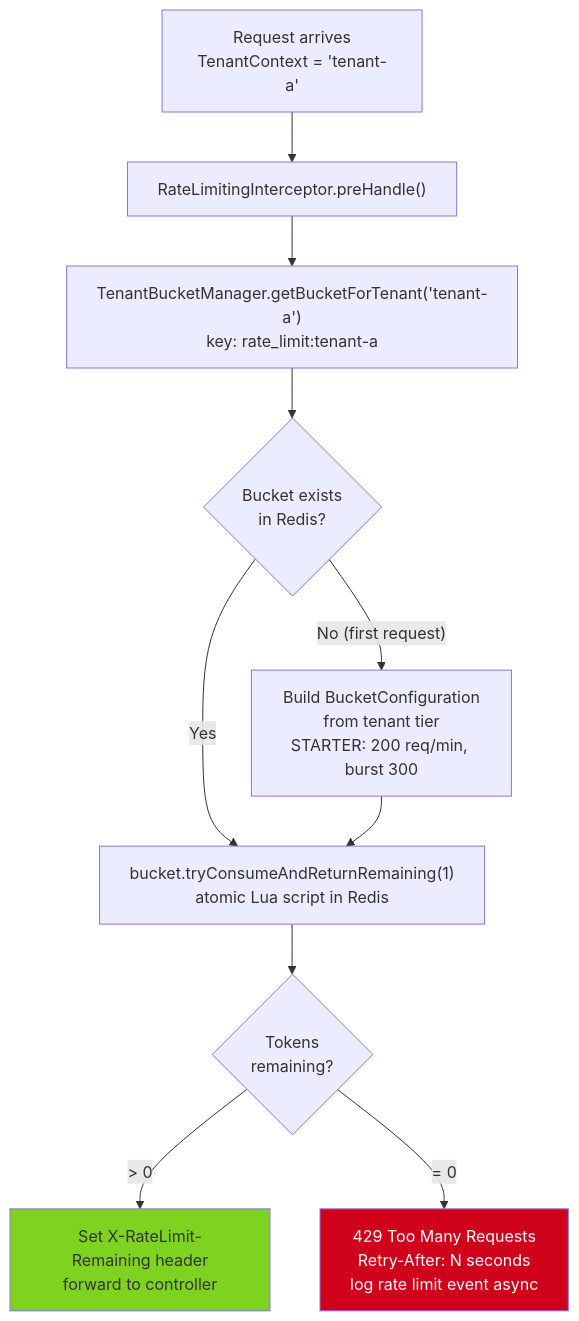
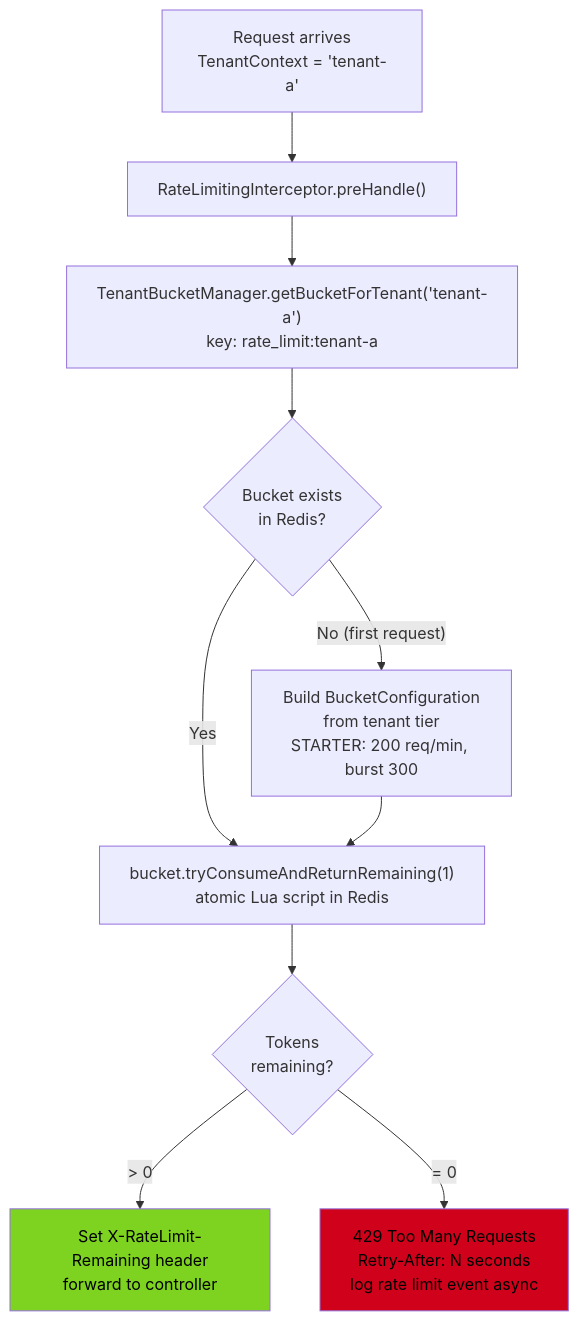
One commit to adarsh-yadav1/multitenant-isolation-engine changed the sixth of 8 diagrams in docs/architecture.md. Above: the diagram before and after it, drawn with Mermaid.

````diff
--- a/docs/architecture.md
+++ b/docs/architecture.md
@@ -248,30 +248,30 @@
 ```mermaid
 flowchart TD
     REQ["Request arrives<br/>TenantContext = 'tenant-a'"] --> RLI
 
     RLI["RateLimitingInterceptor.preHandle()"]
     RLI --> GET_BUCKET
 
     GET_BUCKET["TenantBucketManager.getBucketForTenant('tenant-a')<br/>key: rate_limit:tenant-a"]
     GET_BUCKET --> EXISTS
 
     EXISTS{"Bucket exists<br/>in Redis?"}
     EXISTS -->|"No (first request)"| CREATE
     EXISTS -->|"Yes"| CONSUME
 
     CREATE["Build BucketConfiguration<br/>from tenant tier<br/>STARTER: 200 req/min, burst 300"]
     CREATE --> CONSUME
 
     CONSUME["bucket.tryConsumeAndReturnRemaining(1)<br/>atomic Lua script in Redis"]
     CONSUME --> RESULT
 
     RESULT{"Tokens<br/>remaining?"}
     RESULT -->|"> 0"| ALLOW
     RESULT -->|"= 0"| REJECT
 
     ALLOW["Set X-RateLimit-Remaining header<br/>forward to controller"]
     REJECT["429 Too Many Requests<br/>Retry-After: N seconds<br/>log rate limit event async"]
 
-    style ALLOW fill:#7ed321
-    style REJECT fill:#d0021b,color:#fff
+    style ALLOW fill:#7ed321,color:#000
+    style REJECT fill:#d0021b,color:#000
 ```
````
